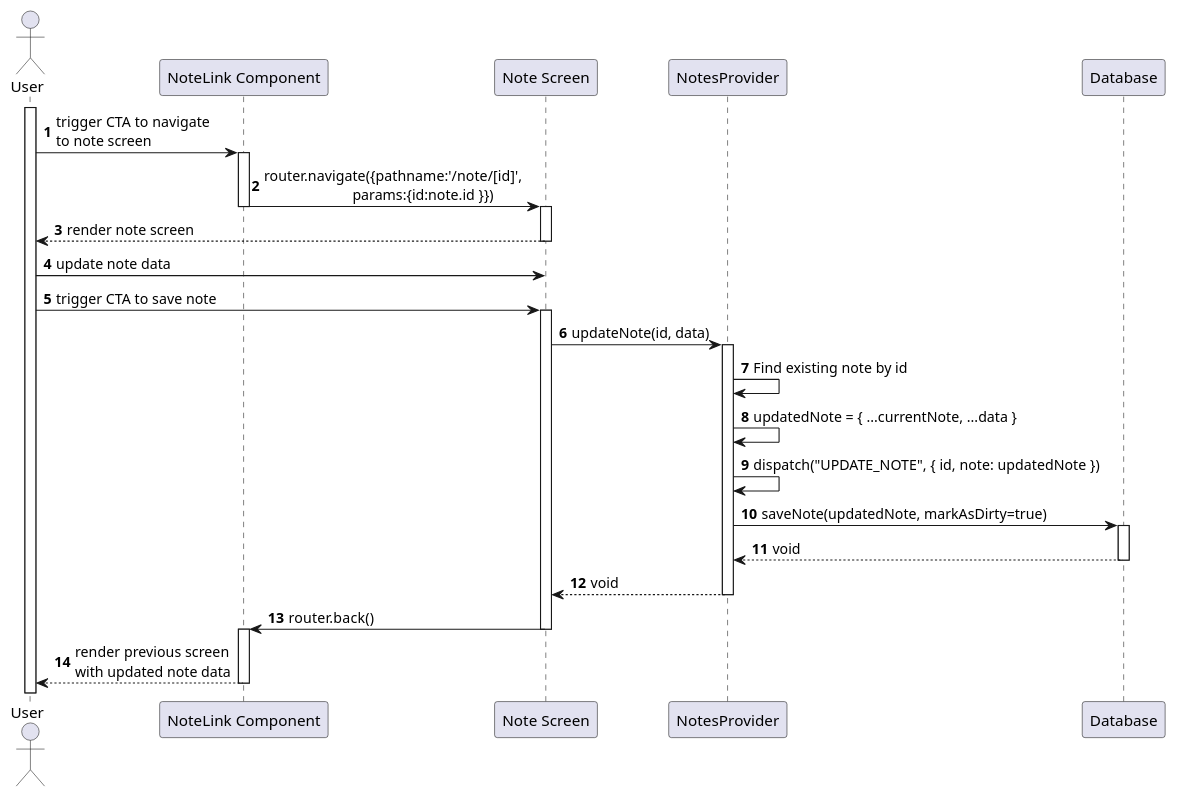
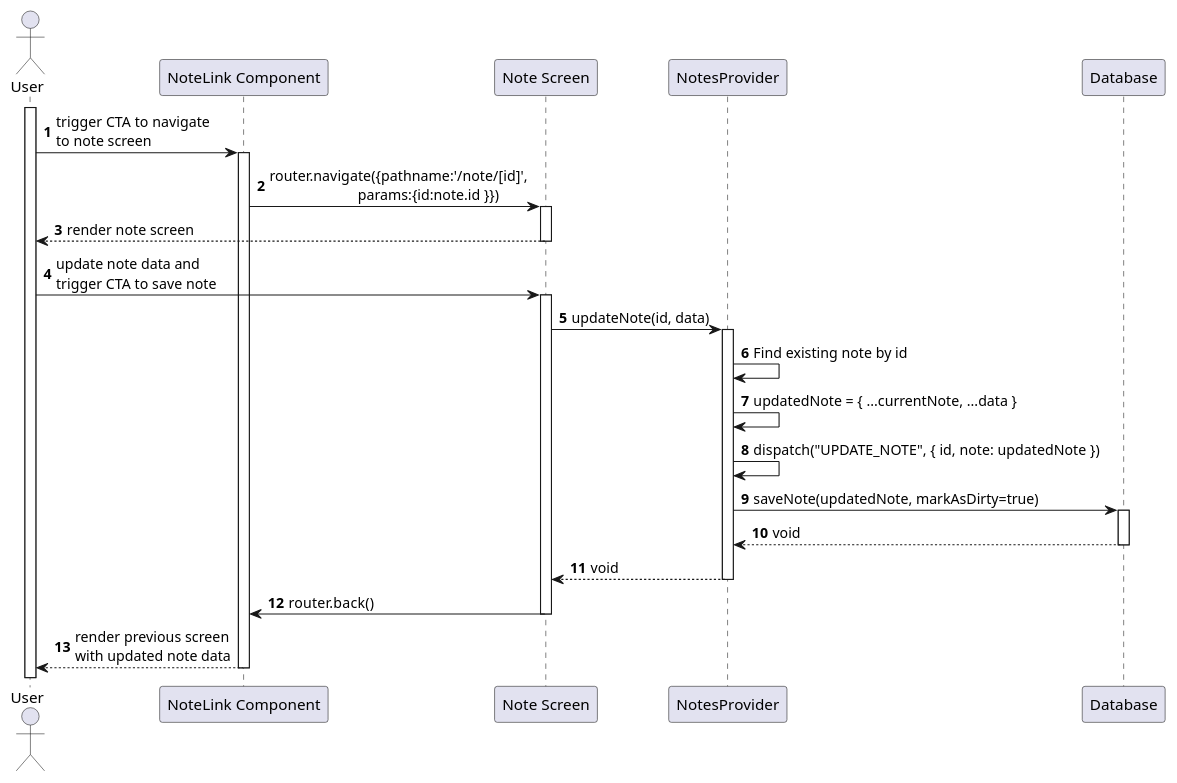
The diagram in docs/UC04/puml/SD.puml (isneru/DSSMV_ProjectReact_1240567_1241692), drawn with PlantUML before and after one commit. The commit also changed 11 other files, not shown here.

Commit message:
diagrams last touches

```diff
--- a/docs/UC04/puml/SD.puml
+++ b/docs/UC04/puml/SD.puml
@@ -1,42 +1,39 @@
 @startuml SD
 autonumber
 
 actor "User" as User
 participant "NoteLink Component" as Main
 participant "Note Screen" as UI
 participant "NotesProvider" as Context
 participant "Database" as DB
 
 activate User
 User -> Main : trigger CTA to navigate\nto note screen
 activate Main
 Main -> UI : router.navigate({pathname:'/note/[id]',\n\t\t\tparams:{id:note.id }})
-deactivate Main
 activate UI
 UI --> User : render note screen
 deactivate UI
 
-User -> UI : update note data
-User -> UI : trigger CTA to save note
+User -> UI : update note data and\ntrigger CTA to save note
 activate UI
 
 UI -> Context : updateNote(id, data)
 activate Context
 
 Context -> Context : Find existing note by id
 Context -> Context : updatedNote = { ...currentNote, ...data }
 
 Context -> Context : dispatch("UPDATE_NOTE", { id, note: updatedNote })
 Context -> DB : saveNote(updatedNote, markAsDirty=true)
 activate DB
 DB --> Context : void
 deactivate DB
 Context --> UI : void
 deactivate Context
 UI -> Main : router.back()
 deactivate UI
-activate Main
 Main --> User : render previous screen\nwith updated note data
 deactivate Main
 
 @enduml
```
